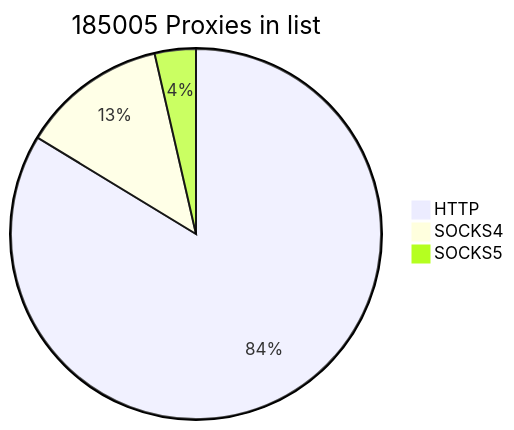
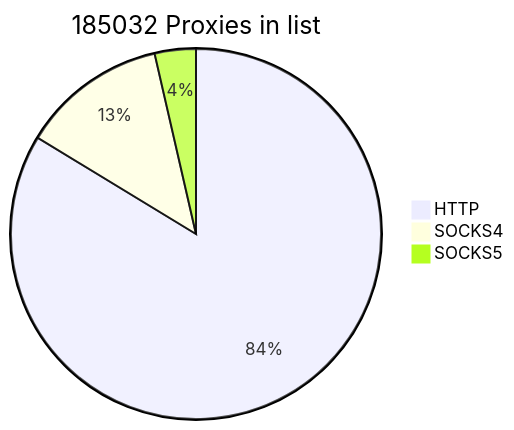
One commit to cutipu/proxylist changed the first of 2 diagrams in README.md. Above: the diagram before and after it, drawn with Mermaid. The commit also changed other lines of this file, not shown here.

````diff
--- a/README.md
+++ b/README.md
@@ -2,7 +2,7 @@
 ```mermaid
-pie title 185005 Proxies in list
+pie title 185032 Proxies in list
     "HTTP" : 154851
-    "SOCKS4" : 23511
+    "SOCKS4" : 23538
     "SOCKS5" : 6643
             
 ```
````
